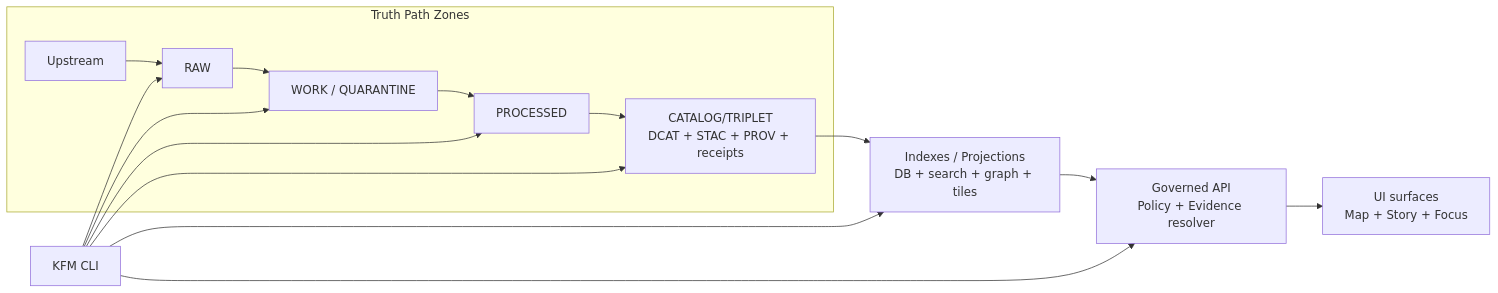
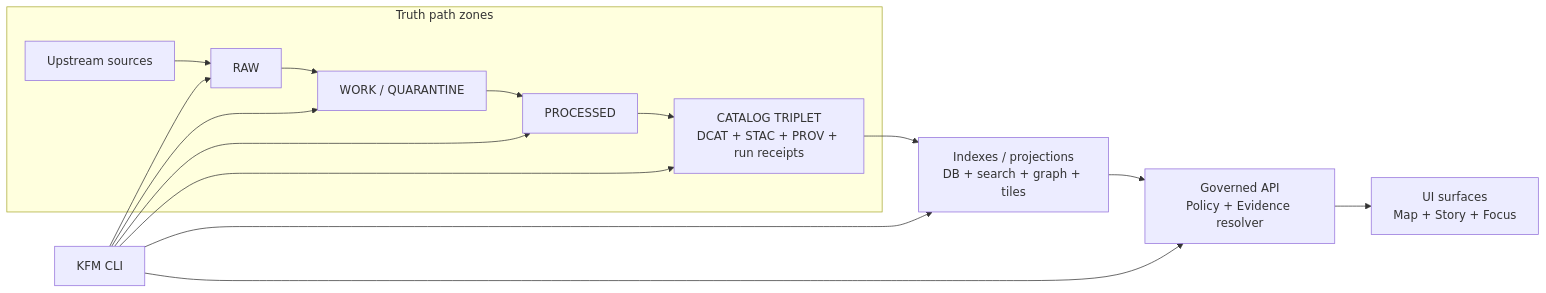
The diagram in docs/cli/README.md (bartytime4life/Kansas-Frontier-Matrix), drawn with Mermaid before and after one commit. The commit also changed other lines of this file, not shown here.

````diff
--- a/docs/cli/README.md
+++ b/docs/cli/README.md
@@ -126,20 +158,20 @@
-```mermaid
+~~~mermaid
 flowchart LR
-  subgraph TruthPath[Truth Path Zones]
-    U[Upstream] --> R[RAW]
+  subgraph TruthPath[Truth path zones]
+    U[Upstream sources] --> R[RAW]
     R --> W[WORK / QUARANTINE]
     W --> P[PROCESSED]
-    P --> C[CATALOG/TRIPLET<br/>DCAT + STAC + PROV + receipts]
+    P --> C[CATALOG TRIPLET<br/>DCAT + STAC + PROV + run receipts]
   end
 
-  C --> X[Indexes / Projections<br/>DB + search + graph + tiles]
+  C --> X[Indexes / projections<br/>DB + search + graph + tiles]
   X --> A[Governed API<br/>Policy + Evidence resolver]
   A --> UI[UI surfaces<br/>Map + Story + Focus]
 
   CLI[KFM CLI] --> R
   CLI --> W
   CLI --> P
   CLI --> C
   CLI --> X
   CLI --> A
-```
+~~~
````
